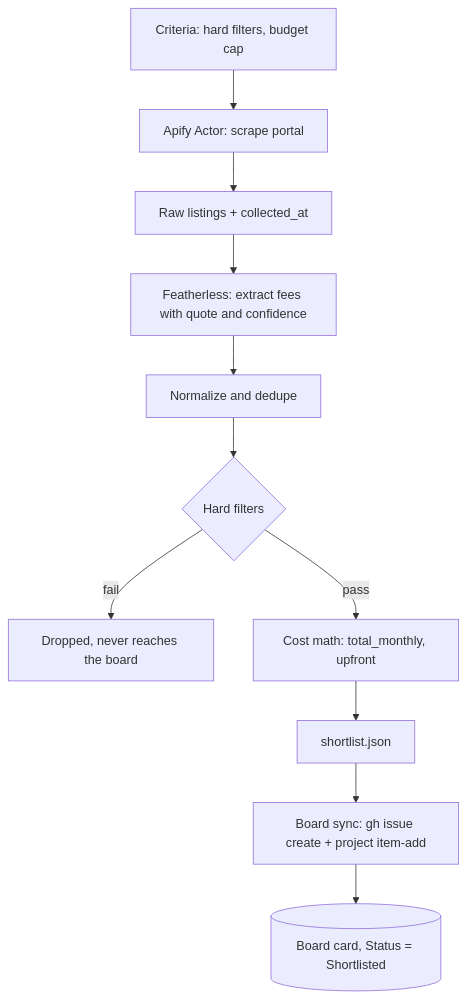
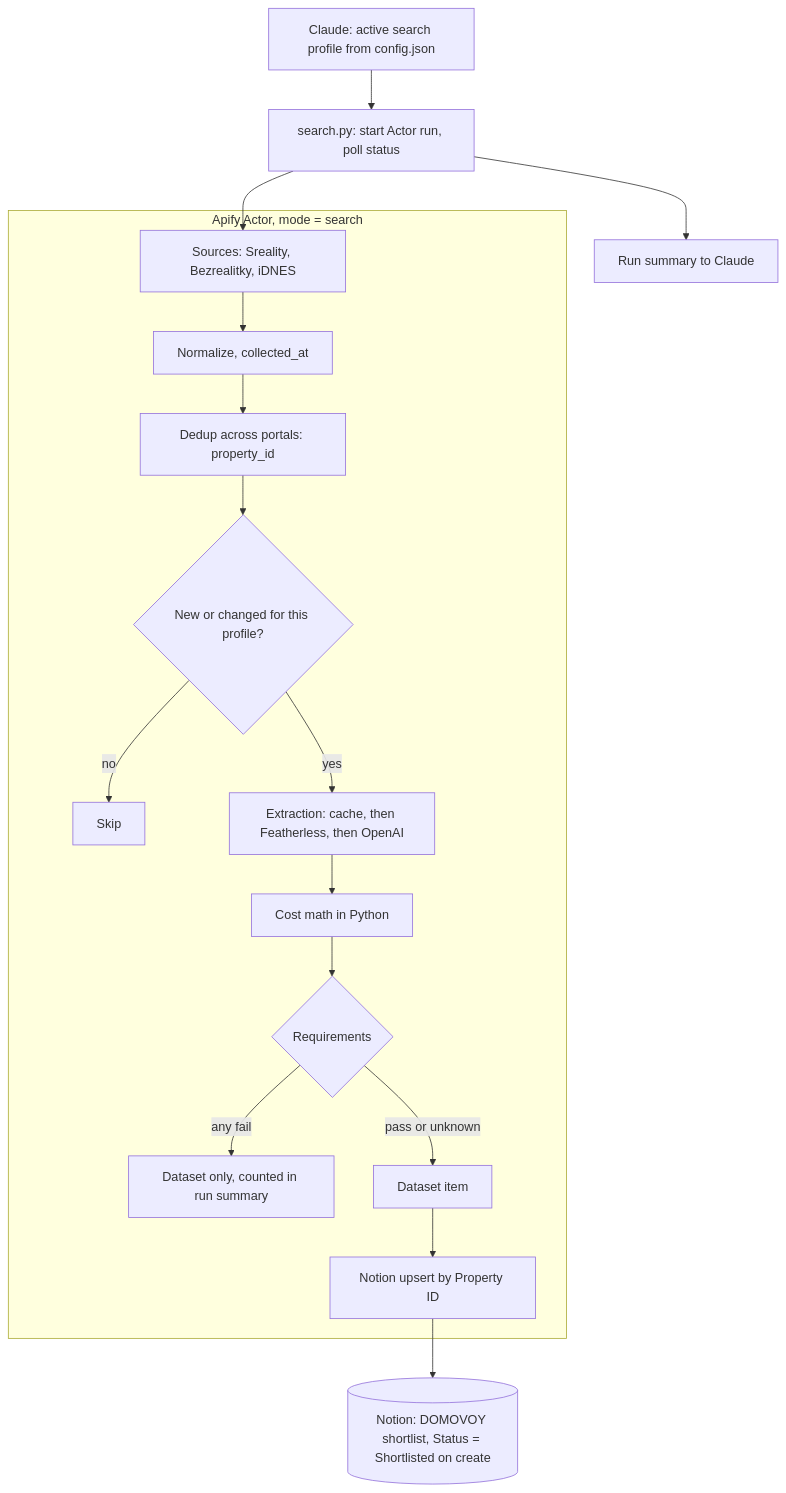
Before and after one commit to Skilux/domovoy: the diagram in docs/prd/actor.md, drawn with Mermaid. The commit also changed other lines of this file and 10 other files, not shown here.

First line of the commit message:
docs: actor PRD and switch shortlist from GitHub board to Notion

````diff
--- a/docs/prd/actor.md
+++ b/docs/prd/actor.md
@@ -19,13 +35,19 @@
 ```mermaid
 flowchart TD
-  A[Criteria: hard filters, budget cap] --> B[Apify Actor: scrape portal]
-  B --> C[Raw listings + collected_at]
-  C --> D[Featherless: extract fees with quote and confidence]
-  D --> E[Normalize and dedupe]
-  E --> F{Hard filters}
-  F -- fail --> X[Dropped, never reaches the board]
-  F -- pass --> G[Cost math: total_monthly, upfront]
-  G --> H[shortlist.json]
-  H --> I[Board sync: gh issue create + project item-add]
-  I --> J[(Board card, Status = Shortlisted)]
+  P[Claude: active search profile from config.json] --> S[search.py: start Actor run, poll status]
+  S --> A1
+  subgraph Actor[Apify Actor, mode = search]
+    A1[Sources: Sreality, Bezrealitky, iDNES] --> A2[Normalize, collected_at]
+    A2 --> A3[Dedup across portals: property_id]
+    A3 --> A4{New or changed for this profile?}
+    A4 -- no --> A0[Skip]
+    A4 -- yes --> A5[Extraction: cache, then Featherless, then OpenAI]
+    A5 --> A6[Cost math in Python]
+    A6 --> A7{Requirements}
+    A7 -- any fail --> X[Dataset only, counted in run summary]
+    A7 -- pass or unknown --> A8[Dataset item]
+    A8 --> A9[Notion upsert by Property ID]
+  end
+  A9 --> N[(Notion: DOMOVOY shortlist, Status = Shortlisted on create)]
+  S --> R[Run summary to Claude]
 ```
````
